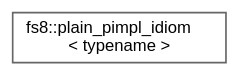
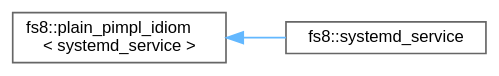
Before and after one commit to the-moisrex/foresight: the diagram in api/inherit_graph_88.dot, drawn with Graphviz. The commit also changed 257 other files, not shown here.

```diff
--- a/api/inherit_graph_88.dot
+++ b/api/inherit_graph_88.dot
@@ -1,9 +1,11 @@
 digraph "Graphical Class Hierarchy"
 {
  // LATEX_PDF_SIZE
   bgcolor="transparent";
   edge [fontname=Helvetica,fontsize=10,labelfontname=Helvetica,labelfontsize=10];
   node [fontname=Helvetica,fontsize=10,shape=box,height=0.2,width=0.4];
   rankdir="LR";
-  Node0 [id="Node000000",label="fs8::plain_pimpl_idiom\l\< typename \>",height=0.2,width=0.4,color="grey40", fillcolor="white", style="filled",URL="$structfs8_1_1plain__pimpl__idiom.html",tooltip=" "];
+  Node0 [id="Node000000",label="fs8::plain_pimpl_idiom\l\< systemd_service \>",height=0.2,width=0.4,color="grey40", fillcolor="white", style="filled",URL="$structfs8_1_1plain__pimpl__idiom.html",tooltip=" "];
+  Node0 -> Node1 [id="edge95_Node000000_Node000001",dir="back",color="steelblue1",style="solid",tooltip=" "];
+  Node1 [id="Node000001",label="fs8::systemd_service",height=0.2,width=0.4,color="grey40", fillcolor="white", style="filled",URL="$structfs8_1_1systemd__service.html",tooltip=" "];
 }
```
